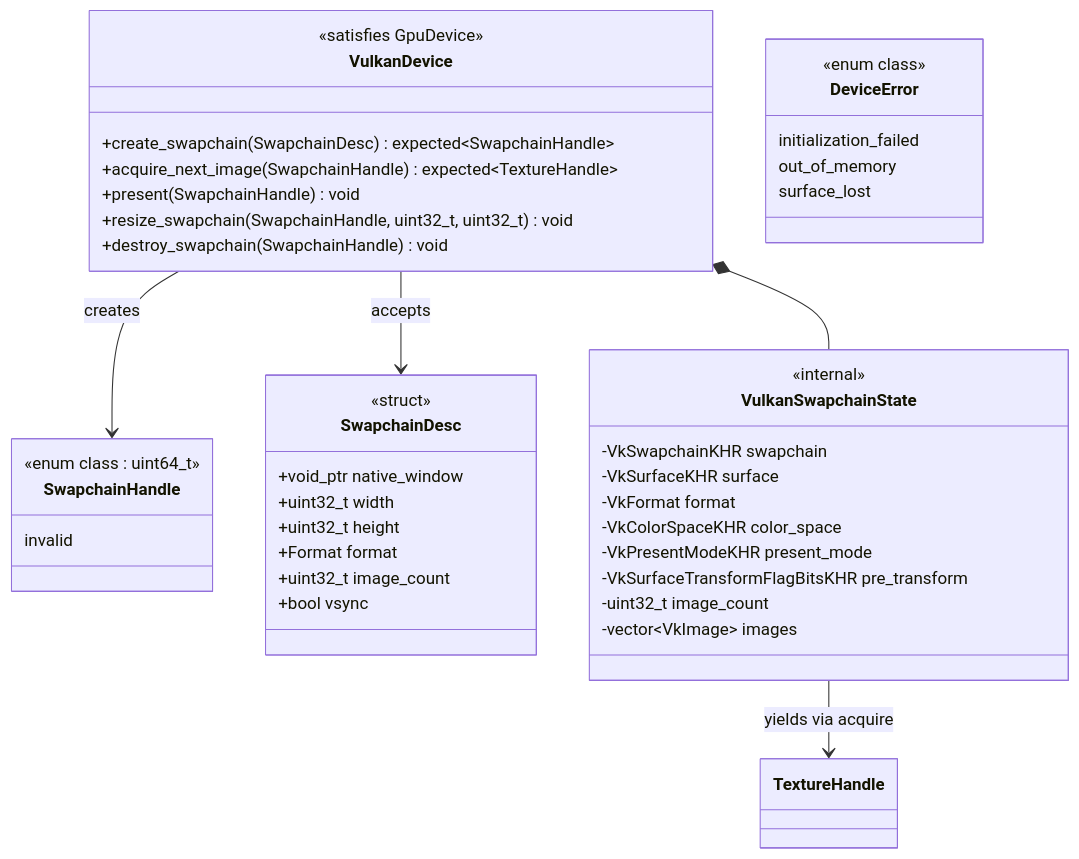
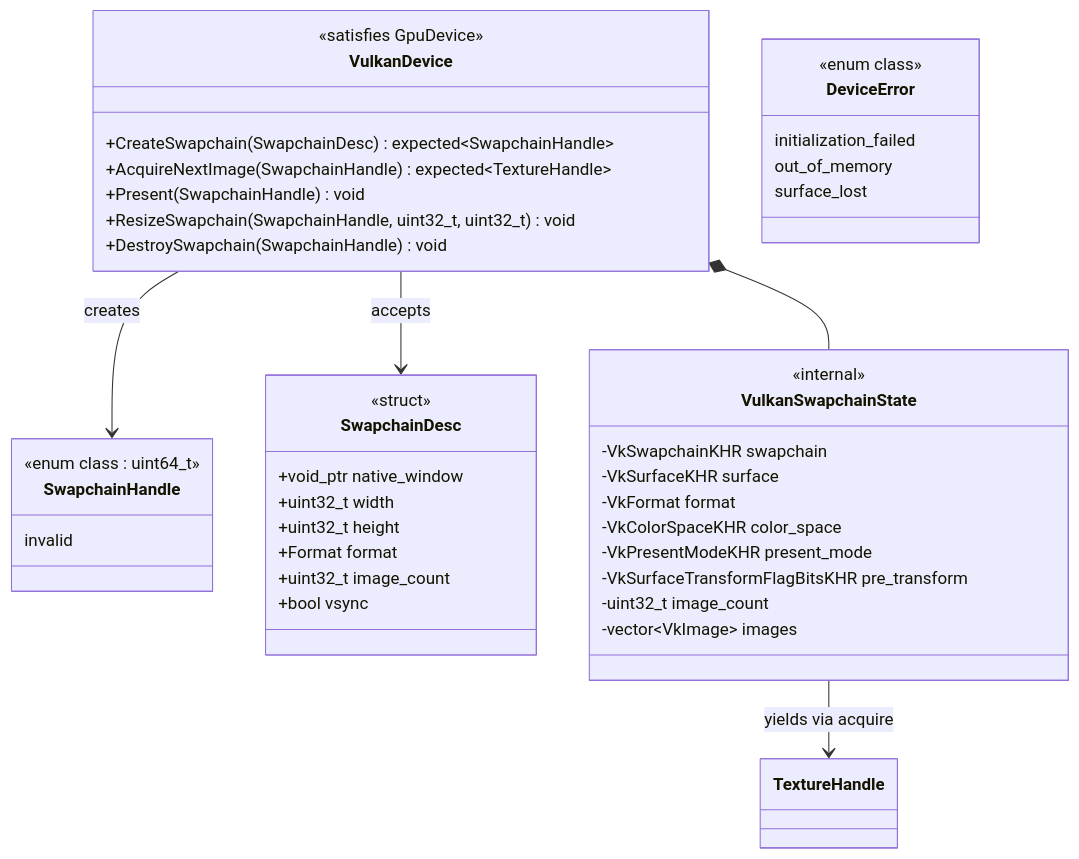
Before and after one commit to harmonius-dev/harmonius: diagram 25 of 34 in docs/design/gpu-backend-vulkan-classes.md, drawn with Mermaid. The commit also changed other lines of this file and 67 other files, not shown here.

````diff
--- a/docs/design/gpu-backend-vulkan-classes.md
+++ b/docs/design/gpu-backend-vulkan-classes.md
@@ -1242,46 +1242,46 @@
 ```mermaid
 classDiagram
     class VulkanDevice {
         <<satisfies GpuDevice>>
-        +create_swapchain(SwapchainDesc) expected~SwapchainHandle~
-        +acquire_next_image(SwapchainHandle) expected~TextureHandle~
-        +present(SwapchainHandle) void
-        +resize_swapchain(SwapchainHandle, uint32_t, uint32_t) void
-        +destroy_swapchain(SwapchainHandle) void
+        +CreateSwapchain(SwapchainDesc) expected~SwapchainHandle~
+        +AcquireNextImage(SwapchainHandle) expected~TextureHandle~
+        +Present(SwapchainHandle) void
+        +ResizeSwapchain(SwapchainHandle, uint32_t, uint32_t) void
+        +DestroySwapchain(SwapchainHandle) void
     }
     class SwapchainHandle {
         <<enum class : uint64_t>>
         invalid
     }
     class SwapchainDesc {
         <<struct>>
         +void_ptr native_window
         +uint32_t width
         +uint32_t height
         +Format format
         +uint32_t image_count
         +bool vsync
     }
     class VulkanSwapchainState {
         <<internal>>
         -VkSwapchainKHR swapchain
         -VkSurfaceKHR surface
         -VkFormat format
         -VkColorSpaceKHR color_space
         -VkPresentModeKHR present_mode
         -VkSurfaceTransformFlagBitsKHR pre_transform
         -uint32_t image_count
         -vector~VkImage~ images
     }
     class DeviceError {
         <<enum class>>
         initialization_failed
         out_of_memory
         surface_lost
     }
 
     VulkanDevice --> SwapchainHandle : creates
     VulkanDevice --> SwapchainDesc : accepts
     VulkanDevice *-- VulkanSwapchainState
     VulkanSwapchainState --> TextureHandle : yields via acquire
 ```
````
